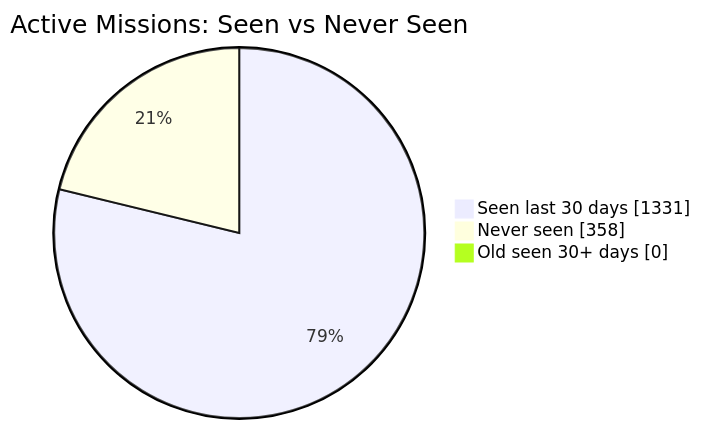
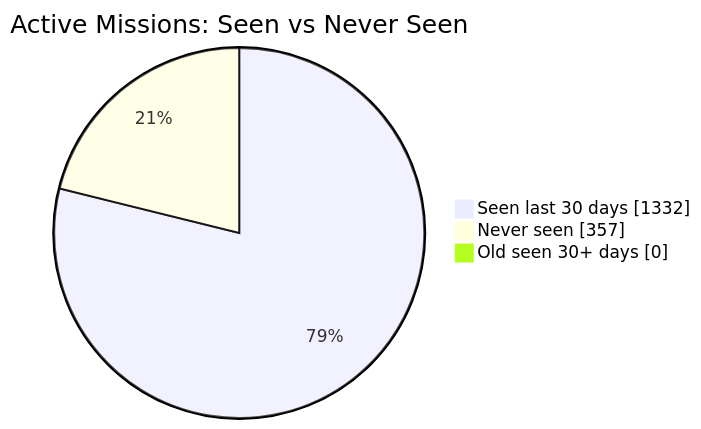
Before and after one commit to MeldkamerspelGameTeam/active-missions: the first of 2 diagrams in README.md, drawn with Mermaid. The commit also changed other lines of this file and 2 other files, not shown here.

````diff
--- a/README.md
+++ b/README.md
@@ -34,7 +34,7 @@
 ```mermaid
 pie showData
     title Active Missions: Seen vs Never Seen
-    "Seen last 30 days" : 1331
-    "Never seen" : 358
+    "Seen last 30 days" : 1332
+    "Never seen" : 357
     "Old seen 30+ days" : 0
 ```
````
